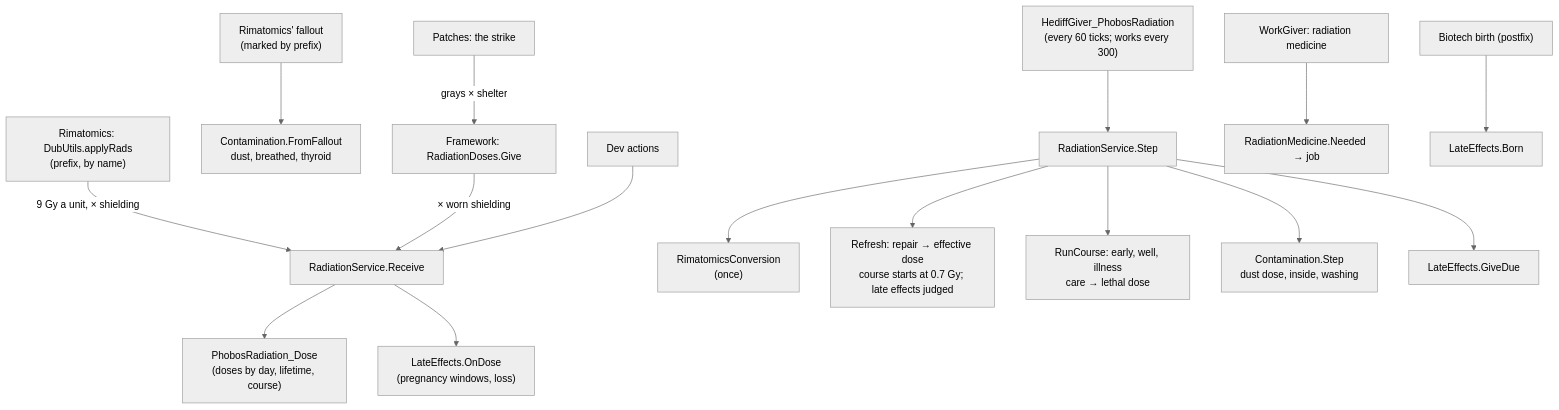
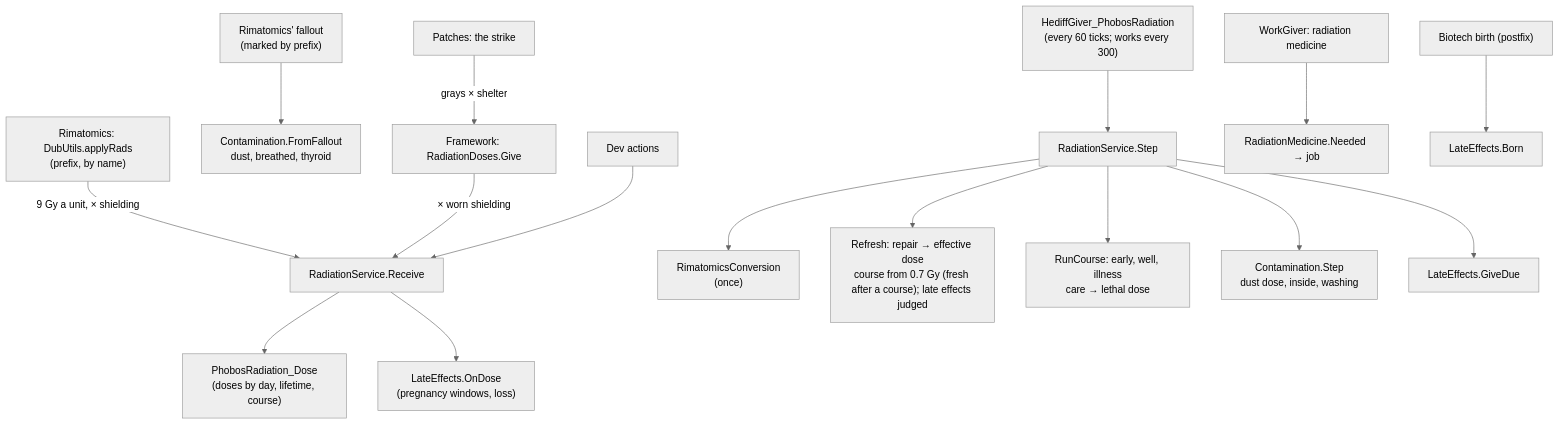
Before and after one commit to phobos-dthorga/phobos-rimworld: the diagram in docs/development/systems/medical-radiation.md, drawn with Mermaid (neutral theme). The commit also changed other lines of this file and 18 other files, not shown here.

````diff
--- a/docs/development/systems/medical-radiation.md
+++ b/docs/development/systems/medical-radiation.md
@@ -303,18 +310,18 @@
 ```mermaid
 flowchart TB
   RIM["Rimatomics: DubUtils.applyRads<br/>(prefix, by name)"] -->|"9 Gy a unit, × shielding"| REC["RadiationService.Receive"]
   FALL["Rimatomics' fallout<br/>(marked by prefix)"] --> DUST["Contamination.FromFallout<br/>dust, breathed, thyroid"]
   STRIKE["Patches: the strike"] -->|"grays × shelter"| DOOR["Framework: RadiationDoses.Give"]
   DOOR -->|"× worn shielding"| REC
   DEV["Dev actions"] --> REC
   REC --> DOSE["PhobosRadiation_Dose<br/>(doses by day, lifetime, course)"]
   REC --> PREG["LateEffects.OnDose<br/>(pregnancy windows, loss)"]
   GIVER["HediffGiver_PhobosRadiation<br/>(every 60 ticks; works every 300)"] --> STEP["RadiationService.Step"]
   STEP --> CONV["RimatomicsConversion<br/>(once)"]
-  STEP --> REF["Refresh: repair → effective dose<br/>course starts at 0.7 Gy; late effects judged"]
+  STEP --> REF["Refresh: repair → effective dose<br/>course from 0.7 Gy (fresh after a course); late effects judged"]
   STEP --> COURSE["RunCourse: early, well, illness<br/>care → lethal dose"]
   STEP --> CONT["Contamination.Step<br/>dust dose, inside, washing"]
   STEP --> LATE["LateEffects.GiveDue"]
   WG["WorkGiver: radiation medicine"] --> MED["RadiationMedicine.Needed → job"]
   BIRTH["Biotech birth (postfix)"] --> BORN["LateEffects.Born"]
 ```
````
